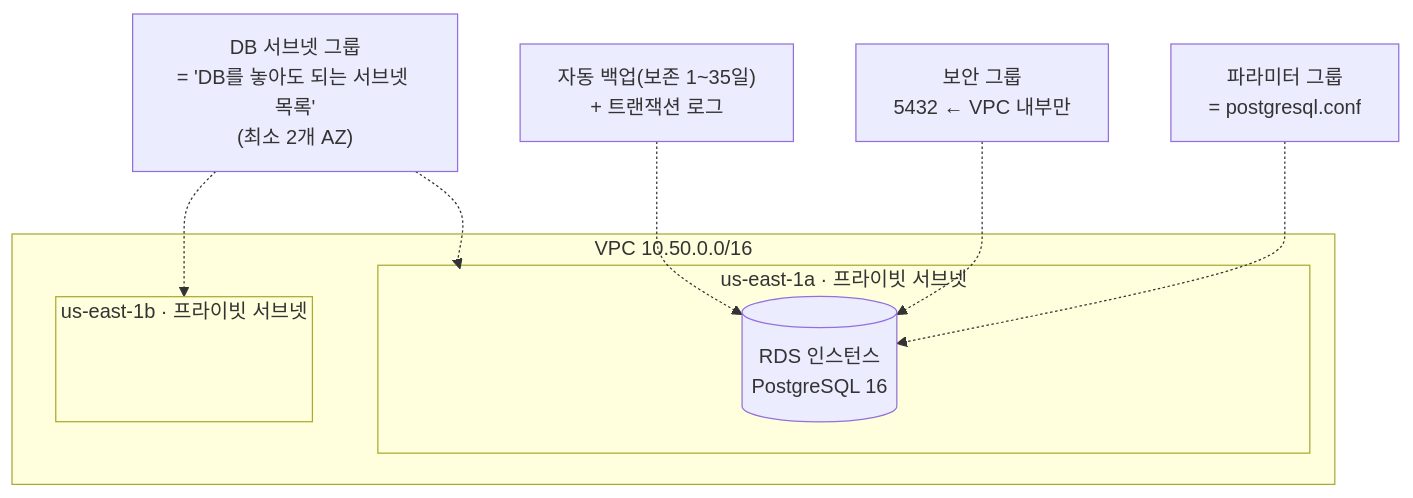
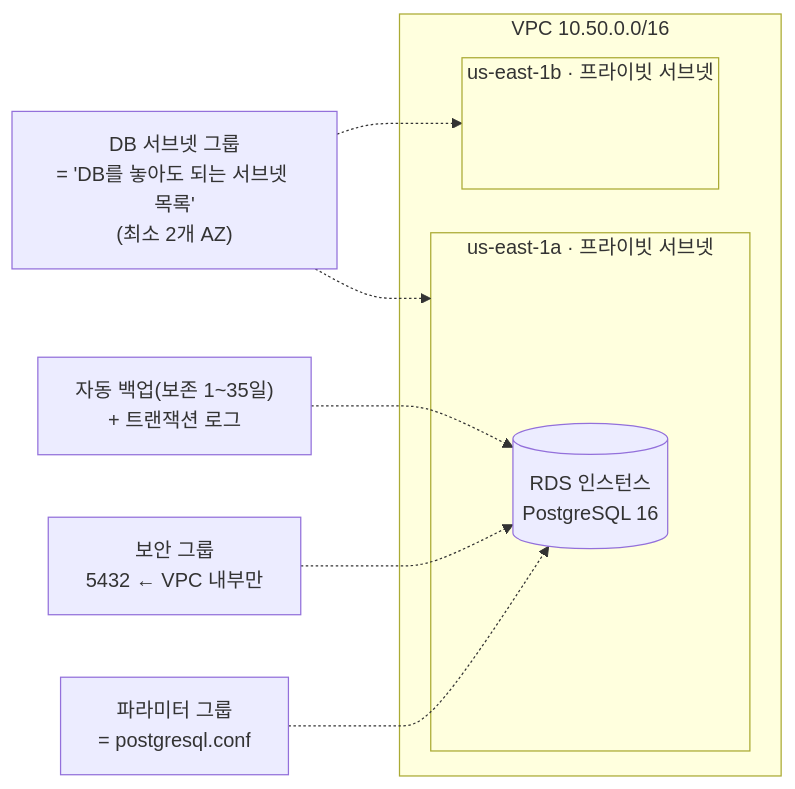
The diagram in curriculum/m05-databases/01-rds-basics.md (Ring-wdr/aws-newbie-guide), drawn with Mermaid before and after one commit. The commit also changed 2 other files, not shown here.

Commit message:
fix(m05): Mermaid 배치 표기만 고쳐 다이어그램 가독성 개선
- 01 RDS 부품 그림: flowchart TB → LR (서브넷 그룹 간선이 VPC·서브넷 제목을 가로지르던 문제)
- 03 Aurora 그림: 클러스터 볼륨에 direction TB (사본 6개가 세로로 840px 쌓이던 문제),
  classDef s 에 color:#222 (다크 테마에서 사본 라벨이 밝은 바탕에 밝은 글자로 안 보이던 문제)
- 07 목적별 DB 그림: flowchart TD → LR (2254px 가로 그림에서 첫 화면에 루트가 안 보이던 문제)

노드·간선·라벨 텍스트는 그대로다.

Claude-Session: https://claude.ai/code/session_01DeNo2kh1sS2tCtnra9en3B

````diff
--- a/curriculum/m05-databases/01-rds-basics.md
+++ b/curriculum/m05-databases/01-rds-basics.md
@@ -43,17 +43,17 @@
 ```mermaid
-flowchart TB
+flowchart LR
   subgraph VPC["VPC 10.50.0.0/16"]
     subgraph A["us-east-1a · 프라이빗 서브넷"]
       DB[(RDS 인스턴스<br/>PostgreSQL 16)]
     end
     subgraph B["us-east-1b · 프라이빗 서브넷"]
       SPARE[ ]
     end
   end
   SNG["DB 서브넷 그룹<br/>= 'DB를 놓아도 되는 서브넷 목록'<br/>(최소 2개 AZ)"] -.-> A
   SNG -.-> B
   PG["파라미터 그룹<br/>= postgresql.conf"] -.-> DB
   SG["보안 그룹<br/>5432 ← VPC 내부만"] -.-> DB
   BK["자동 백업(보존 1~35일)<br/>+ 트랜잭션 로그"] -.-> DB
   style SPARE fill:none,stroke:none
 ```
````
